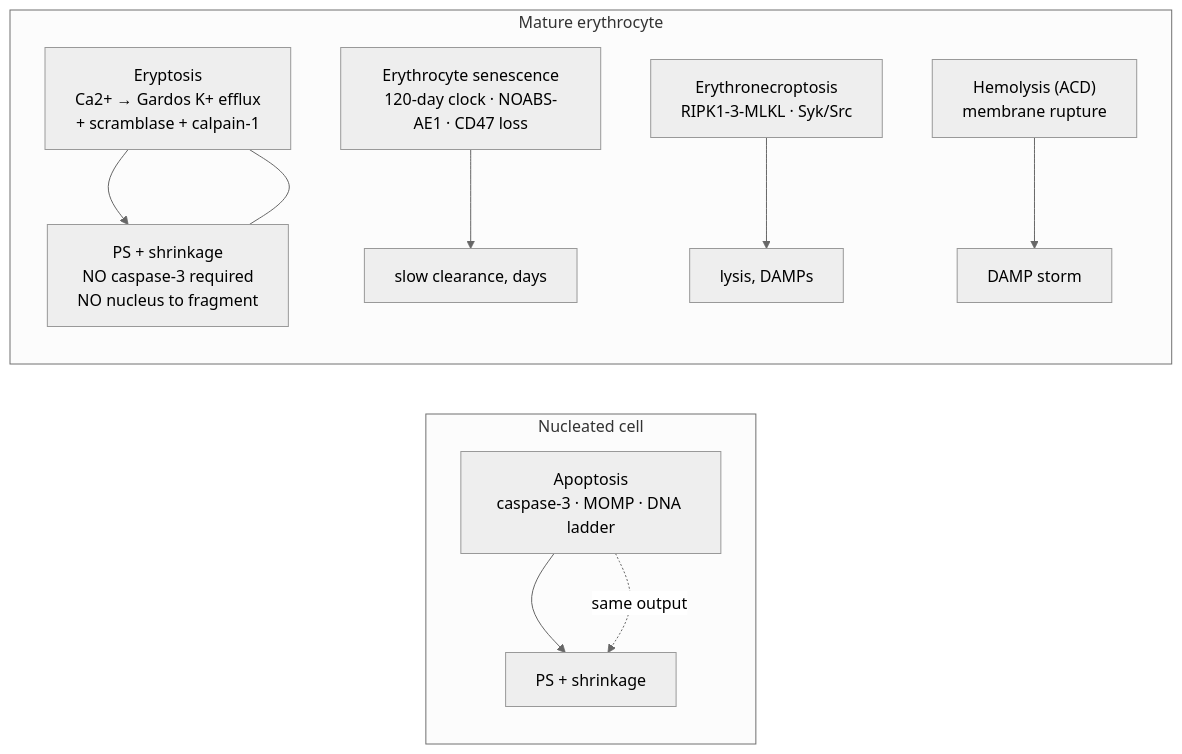
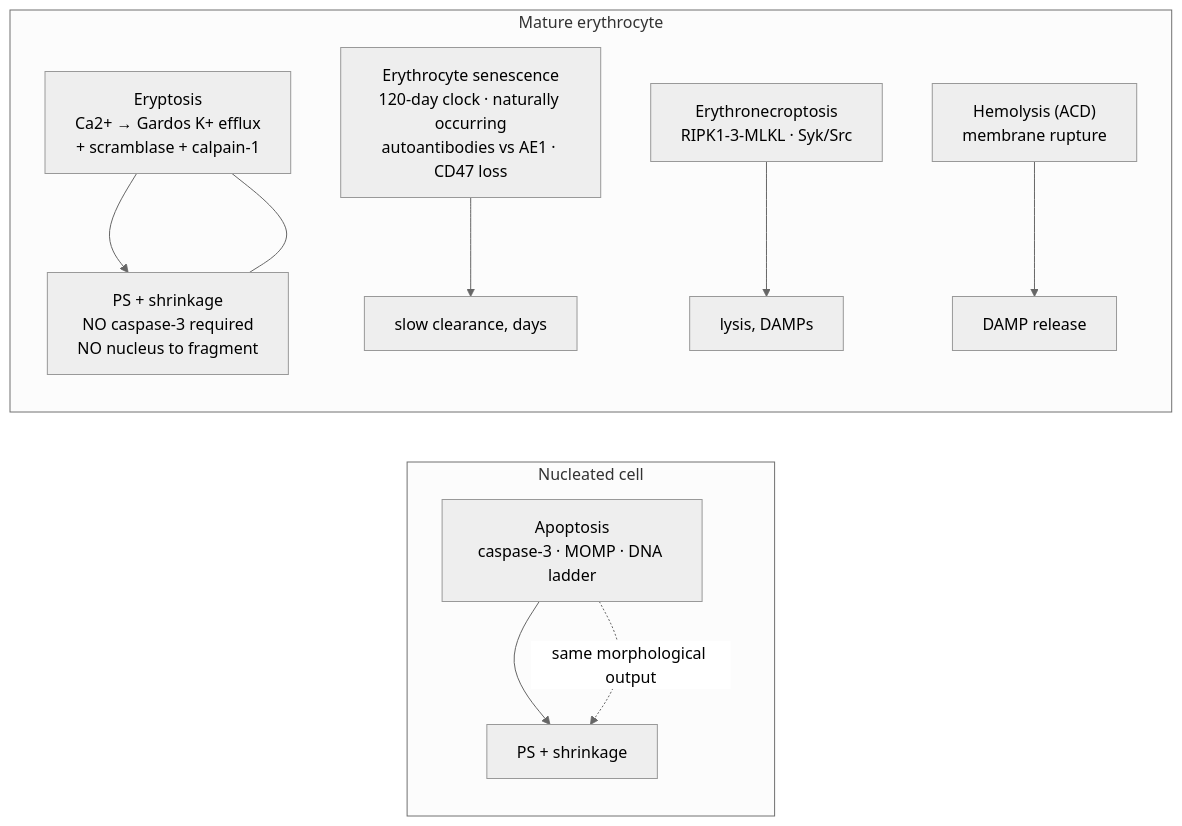
Before and after one commit to jkuo45/llm-wiki-jk: the diagram in src/tasks/task_output_eryptosis_review_vs_cell_death_01_Oct_2026.md, drawn with Mermaid (neutral theme). The commit also changed other lines of this file and 6 other files, not shown here.

````diff
--- a/src/tasks/task_output_eryptosis_review_vs_cell_death_01_Oct_2026.md
+++ b/src/tasks/task_output_eryptosis_review_vs_cell_death_01_Oct_2026.md
@@ -114,16 +114,16 @@
 ```mermaid
 flowchart LR
     subgraph NUC["Nucleated cell"]
       direction TB
       A["Apoptosis\ncaspase-3 · MOMP · DNA ladder"] --> X["PS + shrinkage"]
     end
     subgraph RBC["Mature erythrocyte"]
       direction TB
       B["Eryptosis\nCa2+ → Gardos K+ efflux\n+ scramblase + calpain-1"] --> Y["PS + shrinkage\nNO caspase-3 required\nNO nucleus to fragment"]
-      C["Erythrocyte senescence\n120-day clock · NOABS-AE1 · CD47 loss"] --> Z["slow clearance, days"]
+      C["Erythrocyte senescence\n120-day clock · naturally occurring\nautoantibodies vs AE1 · CD47 loss"] --> Z["slow clearance, days"]
       D["Erythronecroptosis\nRIPK1-3-MLKL · Syk/Src"] --> W["lysis, DAMPs"]
-      E["Hemolysis (ACD)\nmembrane rupture"] --> V["DAMP storm"]
+      E["Hemolysis (ACD)\nmembrane rupture"] --> V["DAMP release"]
     end
-    A -. "same output" .-> X
+    A -. "same morphological output" .-> X
     B --- Y
 ```
````
